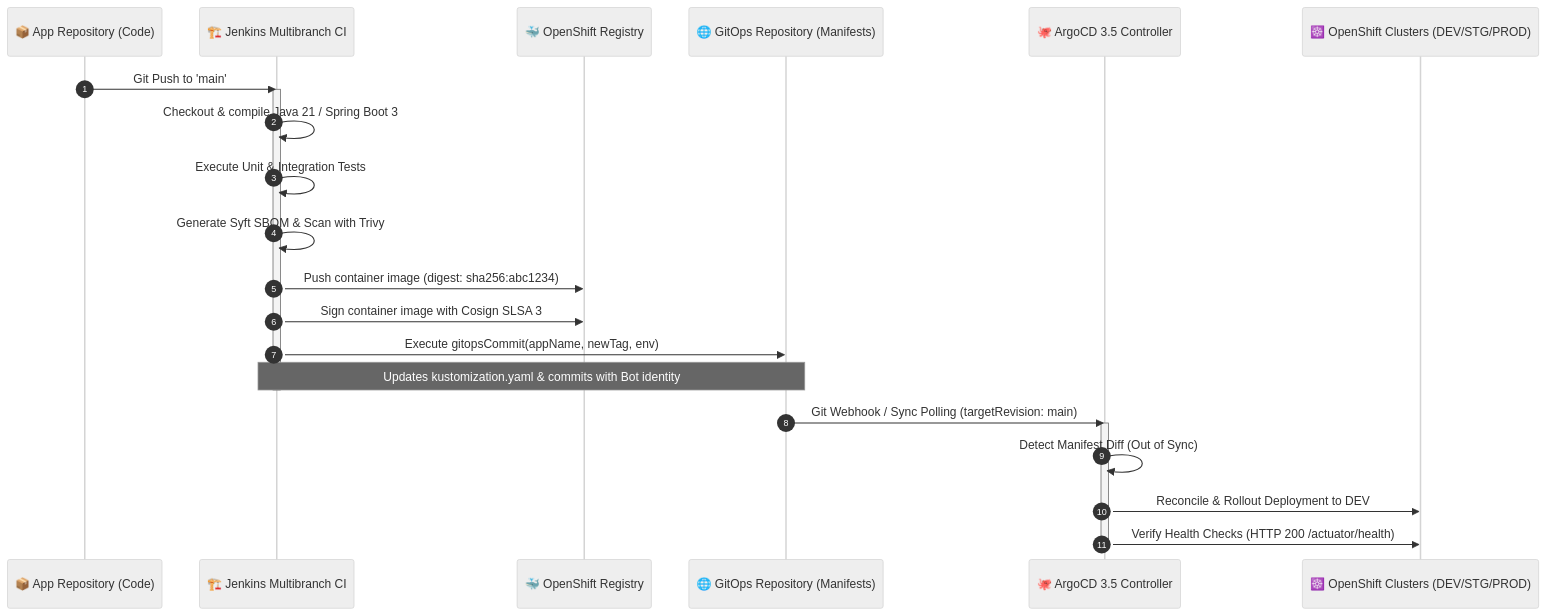
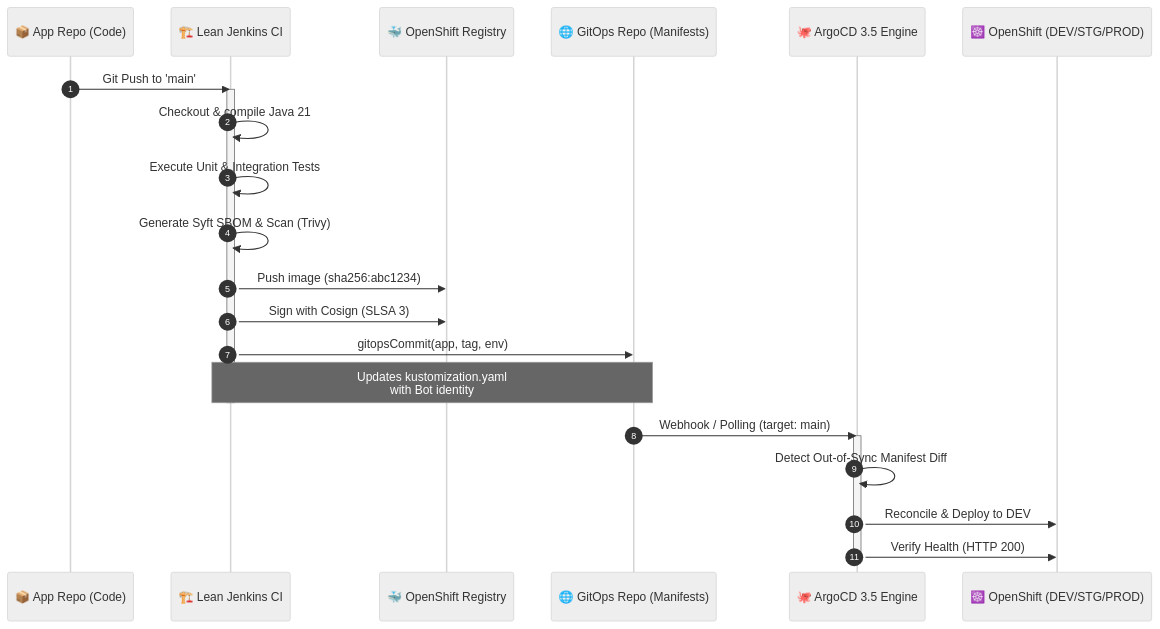
The tenth of 14 diagrams in README.md (nubenetes/jenkins-without-git-parameter), drawn with Mermaid (neutral theme) before and after one commit. The commit also changed other lines of this file, not shown here.

Commit message:
fix(mermaid): comprehensive overhaul of all diagrams (topology, PR preview, promotion, zero-trust) to prevent text clipping

````diff
--- a/README.md
+++ b/README.md
@@ -718,29 +719,29 @@
 ```mermaid
 sequenceDiagram
     autonumber
-    participant GitApp as 📦 App Repository (Code)
-    participant Jenkins as 🏗️ Jenkins Multibranch CI
+    participant GitApp as 📦 App Repo (Code)
+    participant Jenkins as 🏗️ Lean Jenkins CI
     participant Registry as 🐳 OpenShift Registry
-    participant GitOps as 🌐 GitOps Repository (Manifests)
-    participant ArgoCD as 🐙 ArgoCD 3.5 Controller
-    participant OCP as ☸️ OpenShift Clusters (DEV/STG/PROD)
+    participant GitOps as 🌐 GitOps Repo (Manifests)
+    participant ArgoCD as 🐙 ArgoCD 3.5 Engine
+    participant OCP as ☸️ OpenShift (DEV/STG/PROD)
 
     GitApp->>Jenkins: Git Push to 'main'
     activate Jenkins
-    Jenkins->>Jenkins: Checkout & compile Java 21 / Spring Boot 3
+    Jenkins->>Jenkins: Checkout & compile Java 21
     Jenkins->>Jenkins: Execute Unit & Integration Tests
-    Jenkins->>Jenkins: Generate Syft SBOM & Scan with Trivy
-    Jenkins->>Registry: Push container image (digest: sha256:abc1234)
-    Jenkins->>Registry: Sign container image with Cosign SLSA 3
+    Jenkins->>Jenkins: Generate Syft SBOM & Scan (Trivy)
+    Jenkins->>Registry: Push image (sha256:abc1234)
+    Jenkins->>Registry: Sign with Cosign (SLSA 3)
     
-    Jenkins->>GitOps: Execute gitopsCommit(appName, newTag, env)
-    Note over Jenkins,GitOps: Updates kustomization.yaml & commits with Bot identity
+    Jenkins->>GitOps: gitopsCommit(app, tag, env)
+    Note over Jenkins,GitOps: Updates kustomization.yaml<br/>with Bot identity
     deactivate Jenkins
 
-    GitOps->>ArgoCD: Git Webhook / Sync Polling (targetRevision: main)
+    GitOps->>ArgoCD: Webhook / Polling (target: main)
     activate ArgoCD
-    ArgoCD->>ArgoCD: Detect Manifest Diff (Out of Sync)
-    ArgoCD->>OCP: Reconcile & Rollout Deployment to DEV
-    ArgoCD->>OCP: Verify Health Checks (HTTP 200 /actuator/health)
+    ArgoCD->>ArgoCD: Detect Out-of-Sync Manifest Diff
+    ArgoCD->>OCP: Reconcile & Deploy to DEV
+    ArgoCD->>OCP: Verify Health (HTTP 200)
     deactivate ArgoCD
 ```
````
